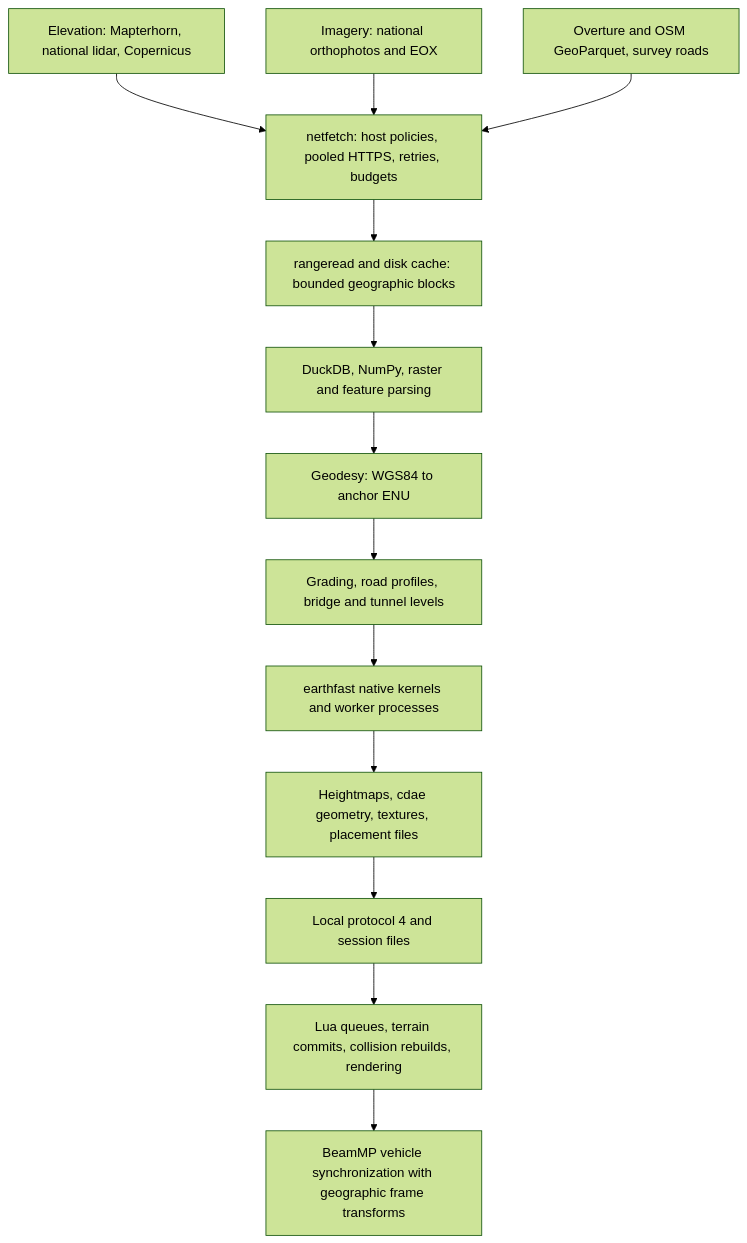
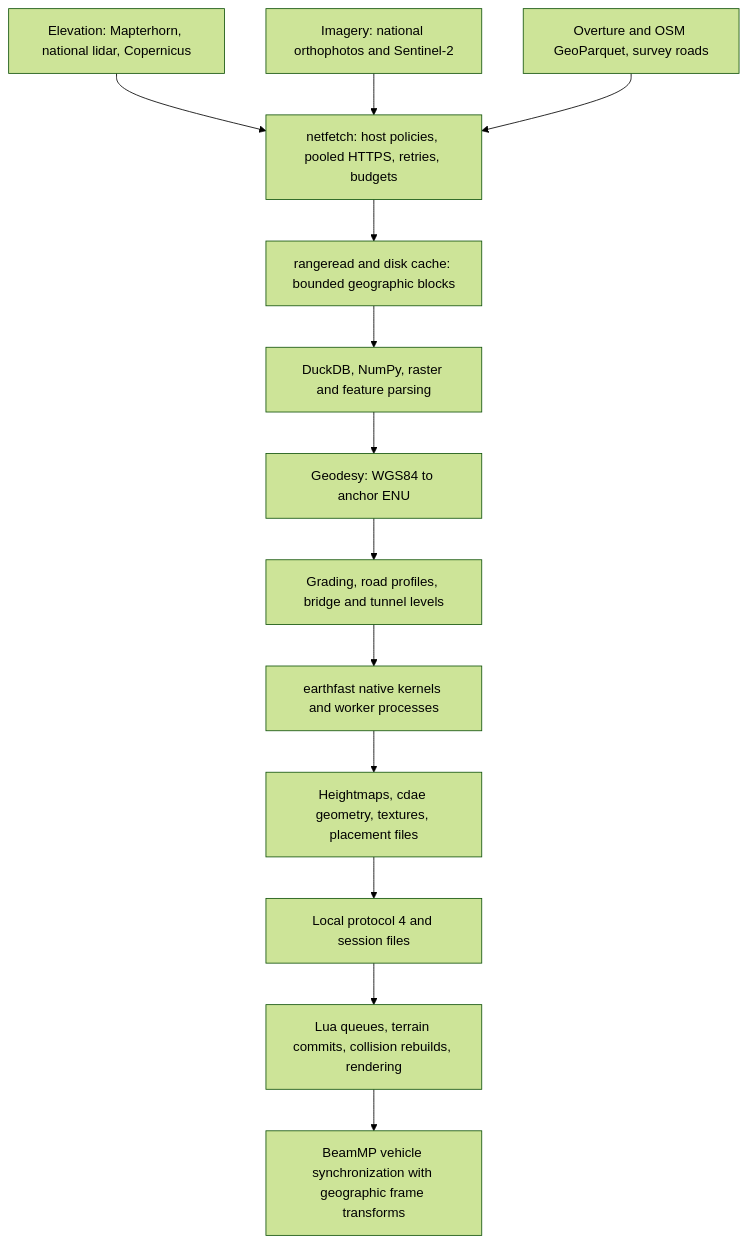
The first of 2 diagrams in docs/MODERNIZATION.md (TecnaGamer/BeamNG.Earth), drawn with Mermaid (forest theme) before and after one commit. The commit also changed 50 other files, not shown here.

````diff
--- a/docs/MODERNIZATION.md
+++ b/docs/MODERNIZATION.md
@@ -18,16 +18,16 @@
 ```mermaid
 flowchart TD
   A[Elevation: Mapterhorn, national lidar, Copernicus] --> N
-  B[Imagery: national orthophotos and EOX] --> N
+  B[Imagery: national orthophotos and Sentinel-2] --> N
   C[Overture and OSM GeoParquet, survey roads] --> N
   N[netfetch: host policies, pooled HTTPS, retries, budgets] --> R
   R[rangeread and disk cache: bounded geographic blocks] --> P
   P[DuckDB, NumPy, raster and feature parsing] --> G
   G[Geodesy: WGS84 to anchor ENU] --> T
   T[Grading, road profiles, bridge and tunnel levels] --> W
   W[earthfast native kernels and worker processes] --> O
   O[Heightmaps, cdae geometry, textures, placement files] --> L
   L[Local protocol 4 and session files] --> M
   M[Lua queues, terrain commits, collision rebuilds, rendering] --> V
   V[BeamMP vehicle synchronization with geographic frame transforms]
 ```
````
